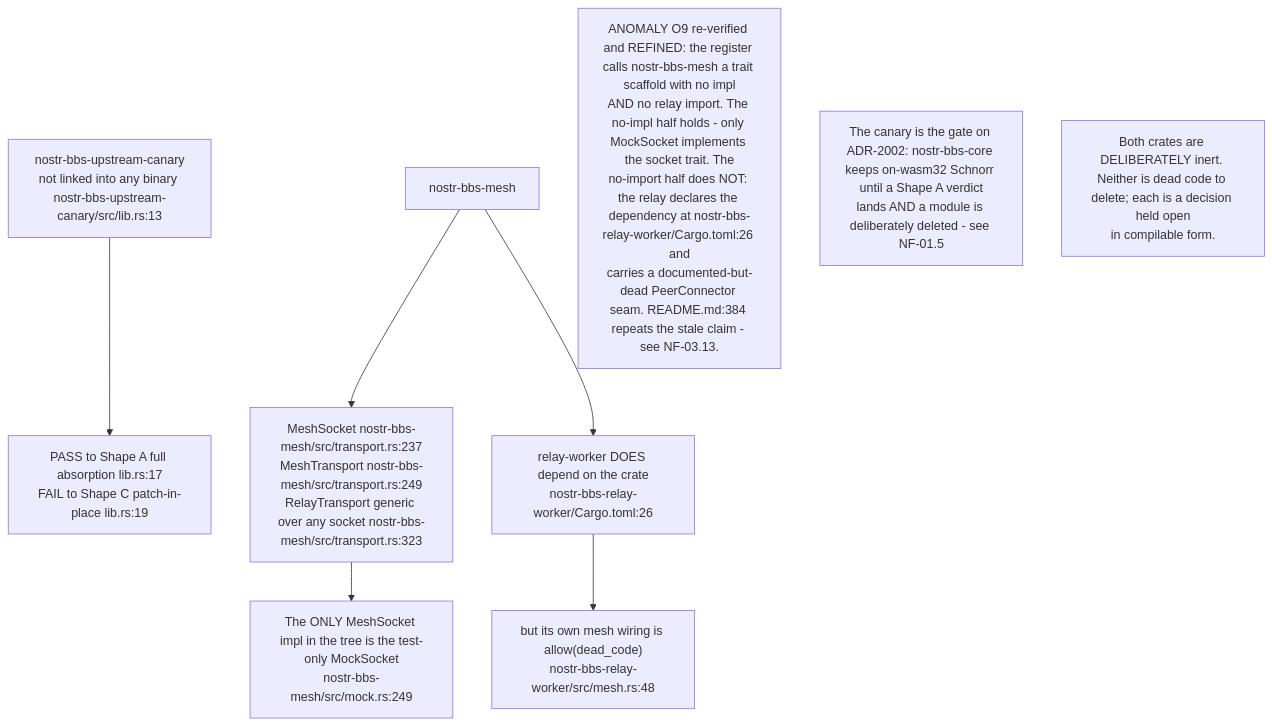
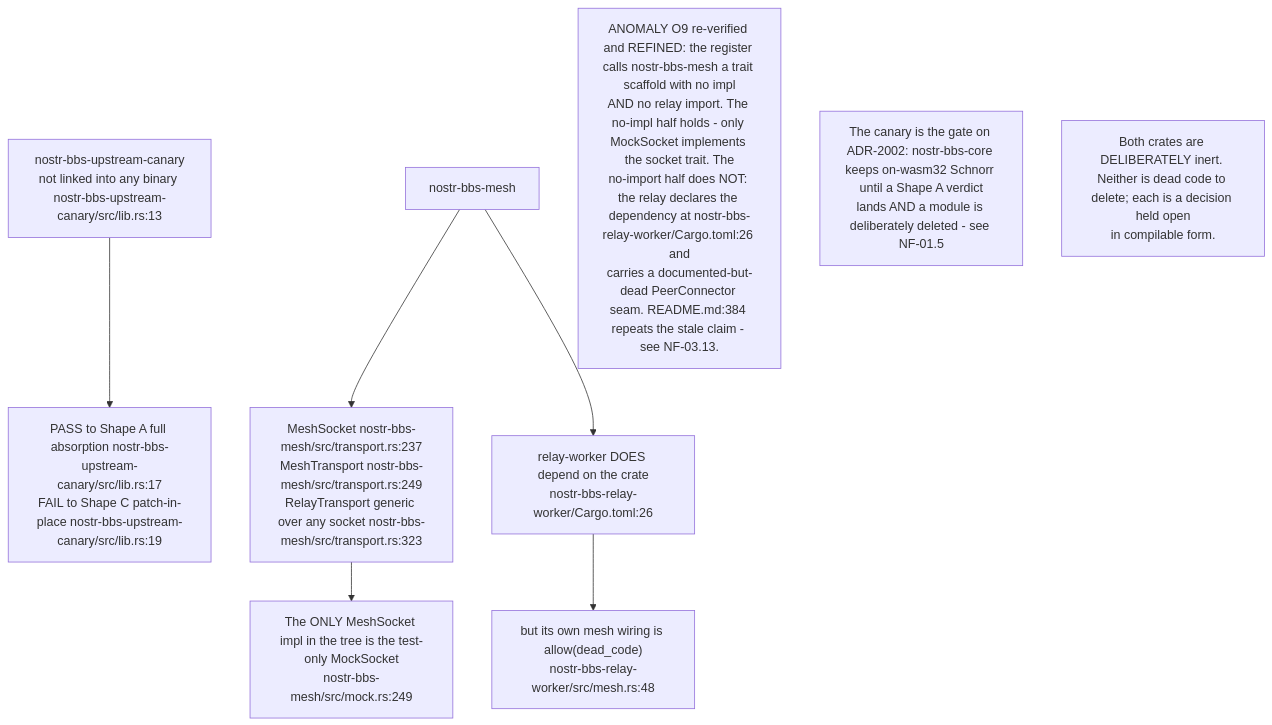
The eighth of 9 diagrams in docs/diagrams/nostr-rust-forum/09-ci-deploy-canary-and-validation.md (DreamLab-AI/VisionFlow), drawn with Mermaid before and after one commit. The commit also changed other lines of this file and 185 other files, not shown here.

Commit message:
docs(estate): reconcile diagrams and ADRs with source and define closeout sprint

````diff
--- a/docs/diagrams/nostr-rust-forum/09-ci-deploy-canary-and-validation.md
+++ b/docs/diagrams/nostr-rust-forum/09-ci-deploy-canary-and-validation.md
@@ -191,18 +191,18 @@
 ```mermaid
 flowchart TB
     CAN["nostr-bbs-upstream-canary<br/>not linked into any binary nostr-bbs-upstream-canary/src/lib.rs:13"]
-    SHAPE["PASS to Shape A full absorption lib.rs:17<br/>FAIL to Shape C patch-in-place lib.rs:19"]
+    SHAPE["PASS to Shape A full absorption nostr-bbs-upstream-canary/src/lib.rs:17<br/>FAIL to Shape C patch-in-place nostr-bbs-upstream-canary/src/lib.rs:19"]
     MESH["nostr-bbs-mesh"]
     TRAITS["MeshSocket nostr-bbs-mesh/src/transport.rs:237<br/>MeshTransport nostr-bbs-mesh/src/transport.rs:249<br/>RelayTransport generic over any socket nostr-bbs-mesh/src/transport.rs:323"]
     ONLYIMPL["The ONLY MeshSocket impl in the tree is the test-only MockSocket<br/>nostr-bbs-mesh/src/mock.rs:249"]
     DEP["relay-worker DOES depend on the crate<br/>nostr-bbs-relay-worker/Cargo.toml:26"]
     DEAD["but its own mesh wiring is allow(dead_code)<br/>nostr-bbs-relay-worker/src/mesh.rs:48"]
 
     CAN --> SHAPE
     MESH --> TRAITS --> ONLYIMPL
     MESH --> DEP --> DEAD
 
     N1["ANOMALY O9 re-verified and REFINED: the register calls nostr-bbs-mesh a trait scaffold with no impl<br/>AND no relay import. The no-impl half holds - only MockSocket implements the socket trait. The<br/>no-import half does NOT: the relay declares the dependency at nostr-bbs-relay-worker/Cargo.toml:26 and<br/>carries a documented-but-dead PeerConnector seam. README.md:384 repeats the stale claim - see NF-03.13."]
     N2["The canary is the gate on ADR-2002: nostr-bbs-core keeps on-wasm32 Schnorr until a Shape A verdict<br/>lands AND a module is deliberately deleted - see NF-01.5"]
     N3["Both crates are DELIBERATELY inert. Neither is dead code to delete; each is a decision held open<br/>in compilable form."]
 ```
````
